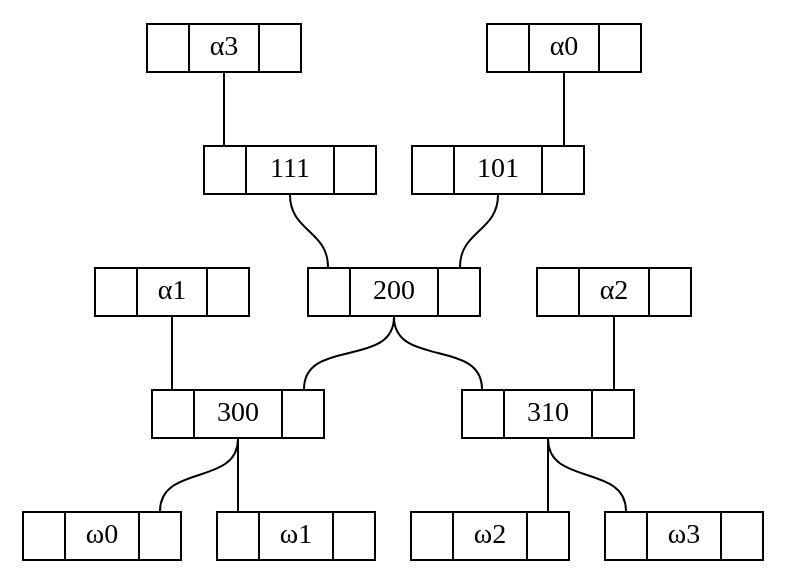
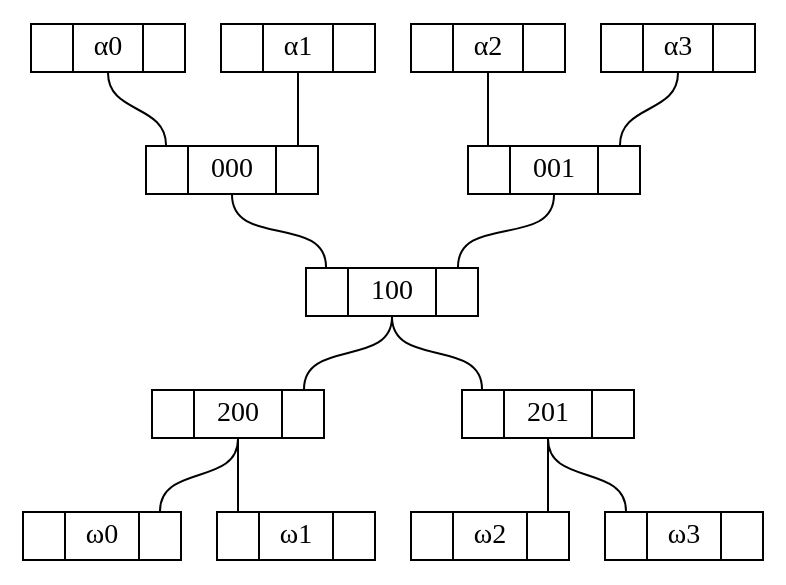
The diagram in 4 binairy tree general.gv.dot (grootstebozewolf/networks), drawn with Graphviz before and after one commit. The commit also changed 6 other files, not shown here.

```diff
--- a/4 binairy tree general.gv.dot
+++ b/4 binairy tree general.gv.dot
@@ -1,84 +1,84 @@
 graph "4 binairy tree general" {
 	graph [bb="0,0,346,264"];
 	node [height=.1,
 		label="\N",
 		shape=record
 	];
-	200	 [height=0.33333,
-		label="<f0> |<f1> 200|<f2>",
+	α00	 [height=0.33333,
+		label="<f0> |<f1> α0|<f2>",
+		pos="39.5,252",
+		rects="4,240.5,24,263.5 24,240.5,55,263.5 55,240.5,75,263.5",
+		width=0.98611];
+	000	 [height=0.33333,
+		label="<f0> |<f1> 000|<f2>",
+		pos="99.5,192",
+		rects="61,180.5,81,203.5 81,180.5,118,203.5 118,180.5,138,203.5",
+		width=1.0694];
+	α00:f1 -- 000:f0	 [pos="39.5,240 39.5,218.89 70.5,225.11 70.5,204"];
+	100	 [height=0.33333,
+		label="<f0> |<f1> 100|<f2>",
 		pos="172.5,132",
 		rects="134,120.5,154,143.5 154,120.5,191,143.5 191,120.5,211,143.5",
 		width=1.0694];
-	300	 [height=0.33333,
-		label="<f0> |<f1> 300|<f2>",
-		pos="100.5,72",
-		rects="62,60.5,82,83.5 82,60.5,119,83.5 119,60.5,139,83.5",
+	000:f1 -- 100:f0	 [pos="99.5,180 99.5,154.73 143.5,169.27 143.5,144"];
+	α01	 [height=0.33333,
+		label="<f0> |<f1> α1|<f2>",
+		pos="128.5,252",
+		rects="93,240.5,113,263.5 113,240.5,144,263.5 144,240.5,164,263.5",
+		width=0.98611];
+	α01:f1 -- 000:f2	 [pos="128.5,240 128.5,224 128.5,220 128.5,204"];
+	α10	 [height=0.33333,
+		label="<f0> |<f1> α2|<f2>",
+		pos="217.5,252",
+		rects="182,240.5,202,263.5 202,240.5,233,263.5 233,240.5,253,263.5",
+		width=0.98611];
+	001	 [height=0.33333,
+		label="<f0> |<f1> 001|<f2>",
+		pos="246.5,192",
+		rects="208,180.5,228,203.5 228,180.5,265,203.5 265,180.5,285,203.5",
 		width=1.0694];
-	200:f1 -- 300:f2	 [pos="172.5,120 172.5,95.075 129.5,108.92 129.5,84"];
-	310	 [height=0.33333,
-		label="<f0> |<f1> 310|<f2>",
-		pos="245.5,72",
-		rects="207,60.5,227,83.5 227,60.5,264,83.5 264,60.5,284,83.5",
-		width=1.0694];
-	200:f1 -- 310:f0	 [pos="172.5,120 172.5,94.733 216.5,109.27 216.5,84"];
+	α10:f1 -- 001:f0	 [pos="217.5,240 217.5,224 217.5,220 217.5,204"];
+	001:f1 -- 100:f2	 [pos="246.5,180 246.5,154.39 201.5,169.61 201.5,144"];
+	α11	 [height=0.33333,
+		label="<f0> |<f1> α3|<f2>",
+		pos="306.5,252",
+		rects="271,240.5,291,263.5 291,240.5,322,263.5 322,240.5,342,263.5",
+		width=0.98611];
+	α11:f1 -- 001:f2	 [pos="306.5,240 306.5,218.89 275.5,225.11 275.5,204"];
 	ω00	 [height=0.33333,
 		label="<f0> |<f1> ω0|<f2>",
 		pos="36.5,12",
 		rects="0,0.5,20,23.5 20,0.5,53,23.5 53,0.5,73,23.5",
 		width=1.0139];
-	300:f1 -- ω00:f2	 [pos="100.5,60 100.5,37.056 63.5,46.944 63.5,24"];
 	ω01	 [height=0.33333,
 		label="<f0> |<f1> ω1|<f2>",
 		pos="127.5,12",
 		rects="91,0.5,111,23.5 111,0.5,144,23.5 144,0.5,164,23.5",
 		width=1.0139];
-	300:f1 -- ω01:f0	 [pos="100.5,60 100.5,44 100.5,40 100.5,24"];
-	α01	 [height=0.33333,
-		label="<f0> |<f1> α1|<f2>",
-		pos="71.5,132",
-		rects="36,120.5,56,143.5 56,120.5,87,143.5 87,120.5,107,143.5",
-		width=0.98611];
-	α01:f1 -- 300:f0	 [pos="71.5,120 71.5,104 71.5,100 71.5,84"];
 	ω10	 [height=0.33333,
 		label="<f0> |<f1> ω2|<f2>",
 		pos="218.5,12",
 		rects="182,0.5,202,23.5 202,0.5,235,23.5 235,0.5,255,23.5",
 		width=1.0139];
-	310:f1 -- ω10:f2	 [pos="245.5,60 245.5,44 245.5,40 245.5,24"];
 	ω11	 [height=0.33333,
 		label="<f0> |<f1> ω3|<f2>",
 		pos="309.5,12",
 		rects="273,0.5,293,23.5 293,0.5,326,23.5 326,0.5,346,23.5",
 		width=1.0139];
-	310:f1 -- ω11:f0	 [pos="245.5,60 245.5,37.056 282.5,46.944 282.5,24"];
-	α10	 [height=0.33333,
-		label="<f0> |<f1> α2|<f2>",
-		pos="274.5,132",
-		rects="239,120.5,259,143.5 259,120.5,290,143.5 290,120.5,310,143.5",
-		width=0.98611];
-	α10:f1 -- 310:f2	 [pos="274.5,120 274.5,104 274.5,100 274.5,84"];
-	101	 [height=0.33333,
-		label="<f0> |<f1> 101|<f2>",
-		pos="219.5,192",
-		rects="181,180.5,201,203.5 201,180.5,238,203.5 238,180.5,258,203.5",
+	200	 [height=0.33333,
+		label="<f0> |<f1> 200|<f2>",
+		pos="100.5,72",
+		rects="62,60.5,82,83.5 82,60.5,119,83.5 119,60.5,139,83.5",
 		width=1.0694];
-	101:f1 -- 200:f2	 [pos="219.5,180 219.5,162.11 201.5,161.89 201.5,144"];
-	α00	 [height=0.33333,
-		label="<f0> |<f1> α0|<f2>",
-		pos="248.5,252",
-		rects="213,240.5,233,263.5 233,240.5,264,263.5 264,240.5,284,263.5",
-		width=0.98611];
-	α00:f1 -- 101:f2	 [pos="248.5,240 248.5,224 248.5,220 248.5,204"];
-	111	 [height=0.33333,
-		label="<f0> |<f1> 111|<f2>",
-		pos="124.5,192",
-		rects="86,180.5,106,203.5 106,180.5,143,203.5 143,180.5,163,203.5",
+	100:f1 -- 200:f2	 [pos="172.5,120 172.5,95.075 129.5,108.92 129.5,84"];
+	201	 [height=0.33333,
+		label="<f0> |<f1> 201|<f2>",
+		pos="245.5,72",
+		rects="207,60.5,227,83.5 227,60.5,264,83.5 264,60.5,284,83.5",
 		width=1.0694];
-	111:f1 -- 200:f0	 [pos="124.5,180 124.5,161.91 143.5,162.09 143.5,144"];
-	α11	 [height=0.33333,
-		label="<f0> |<f1> α3|<f2>",
-		pos="95.5,252",
-		rects="60,240.5,80,263.5 80,240.5,111,263.5 111,240.5,131,263.5",
-		width=0.98611];
-	α11:f1 -- 111:f0	 [pos="95.5,240 95.5,224 95.5,220 95.5,204"];
+	100:f1 -- 201:f0	 [pos="172.5,120 172.5,94.733 216.5,109.27 216.5,84"];
+	200:f1 -- ω00:f2	 [pos="100.5,60 100.5,37.056 63.5,46.944 63.5,24"];
+	200:f1 -- ω01:f0	 [pos="100.5,60 100.5,44 100.5,40 100.5,24"];
+	201:f1 -- ω10:f2	 [pos="245.5,60 245.5,44 245.5,40 245.5,24"];
+	201:f1 -- ω11:f0	 [pos="245.5,60 245.5,37.056 282.5,46.944 282.5,24"];
 }
```
